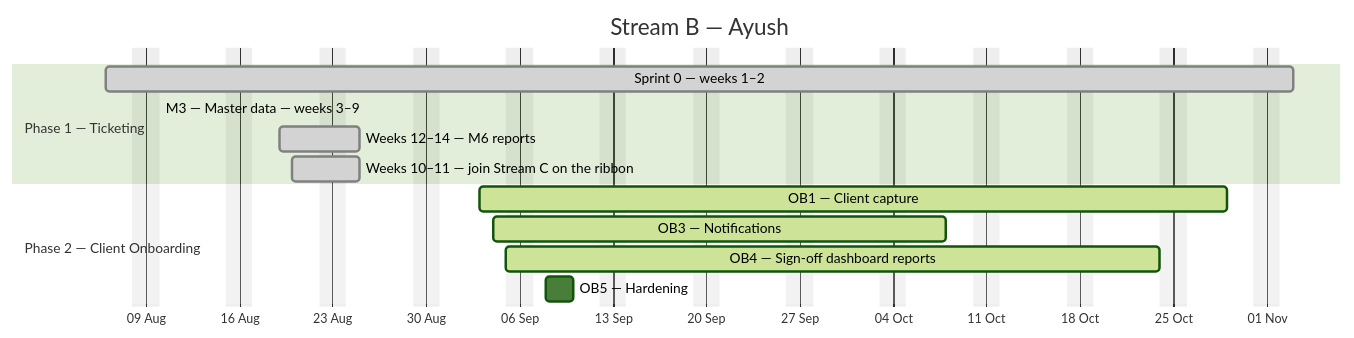
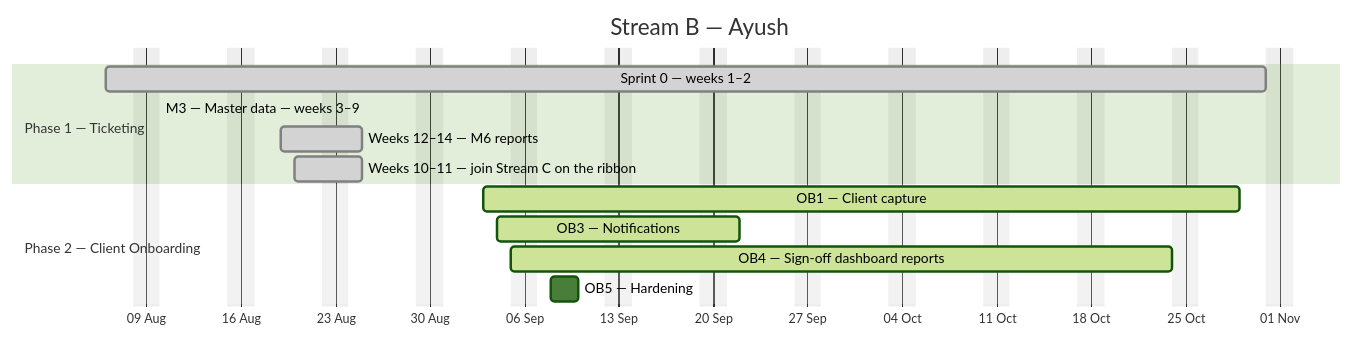
The second of 4 diagrams in docs/plan/GANTT.md (debashisedunext/EduTrack), drawn with Mermaid (forest theme) before and after one commit. The commit also changed other lines of this file and 2 other files, not shown here.

````diff
--- a/docs/plan/GANTT.md
+++ b/docs/plan/GANTT.md
@@ -150,17 +150,17 @@
 ```mermaid
 gantt
     dateFormat YYYY-MM-DD
     axisFormat %d %b
     title Stream B — Ayush
     excludes weekends
     section Phase 1 — Ticketing
-    Sprint 0 — weeks 1–2 :done, b0, 2026-08-06, 63d
-    M3 — Master data — weeks 3–9 :done, b1, 2026-08-10, -50d
+    Sprint 0 — weeks 1–2 :done, b0, 2026-08-06, 62d
+    M3 — Master data — weeks 3–9 :done, b1, 2026-08-10, -49d
     Weeks 12–14 — M6 reports :done, b2, 2026-08-19, 4d
     Weeks 10–11 — join Stream C on the ribbon :done, b3, 2026-08-20, 3d
     section Phase 2 — Client Onboarding
     OB1 — Client capture :active, b4, 2026-09-03, 40d
-    OB3 — Notifications :active, b5, 2026-09-04, 24d
+    OB3 — Notifications :active, b5, 2026-09-04, 12d
     OB4 — Sign-off  dashboard  reports :active, b6, 2026-09-05, 36d
     OB5 — Hardening :b7, 2026-09-08, 2d
 ```
````
